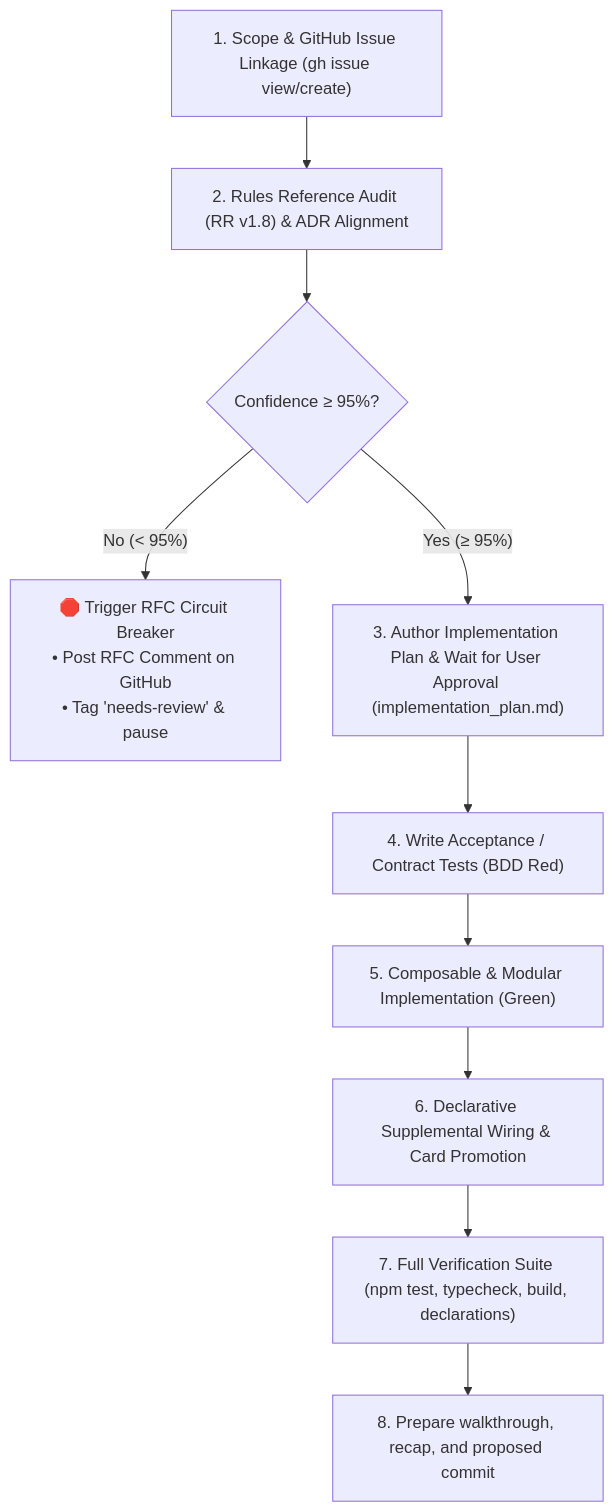
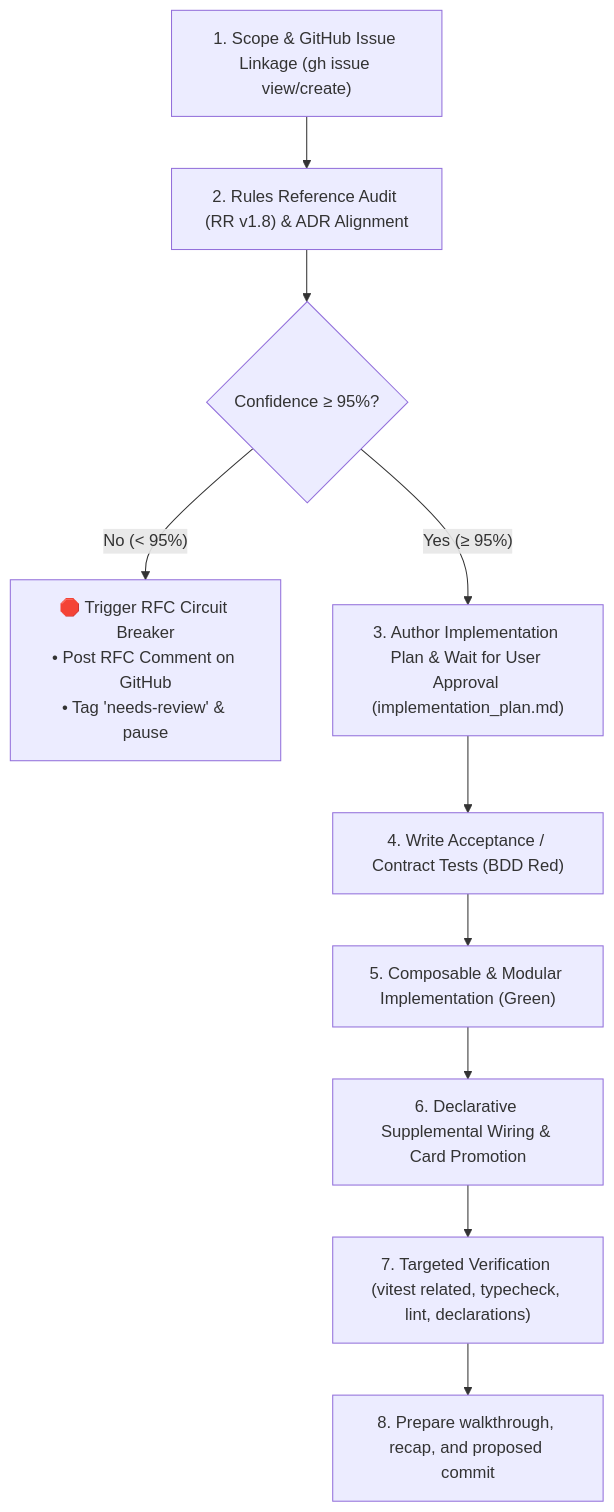
Before and after one commit to SteveRodrigue/MCD: the diagram in .agents/skills/feature-delivery/SKILL.md, drawn with Mermaid. The commit also changed other lines of this file and 9 other files, not shown here.

````diff
--- a/.agents/skills/feature-delivery/SKILL.md
+++ b/.agents/skills/feature-delivery/SKILL.md
@@ -64,12 +64,12 @@
 ```mermaid
 flowchart TD
     S1["1. Scope & GitHub Issue Linkage (gh issue view/create)"] --> S2["2. Rules Reference Audit (RR v1.8) & ADR Alignment"]
     S2 --> S2Check{"Confidence ≥ 95%?"}
     S2Check -- "No (< 95%)" --> RFC["🛑 Trigger RFC Circuit Breaker<br/>• Post RFC Comment on GitHub<br/>• Tag 'needs-review' & pause"]
     S2Check -- "Yes (≥ 95%)" --> S3Plan["3. Author Implementation Plan & Wait for User Approval (implementation_plan.md)"]
     S3Plan --> S4["4. Write Acceptance / Contract Tests (BDD Red)"]
     S4 --> S5["5. Composable & Modular Implementation (Green)"]
     S5 --> S6["6. Declarative Supplemental Wiring & Card Promotion"]
-    S6 --> S7["7. Full Verification Suite (npm test, typecheck, build, declarations)"]
-   S7 --> S8["8. Prepare walkthrough, recap, and proposed commit"]
+    S6 --> S7["7. Targeted Verification (vitest related, typecheck, lint, declarations)"]
+    S7 --> S8["8. Prepare walkthrough, recap, and proposed commit"]
 ```
````
